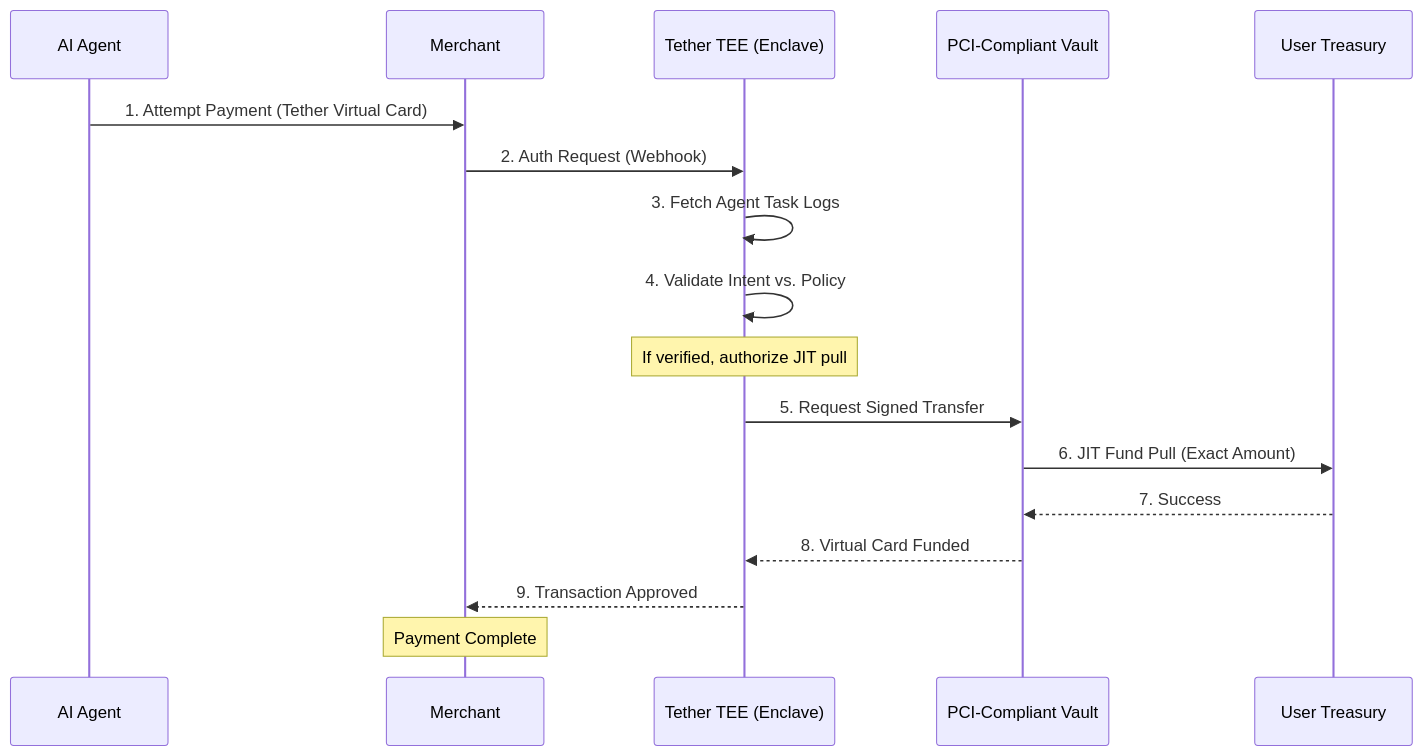
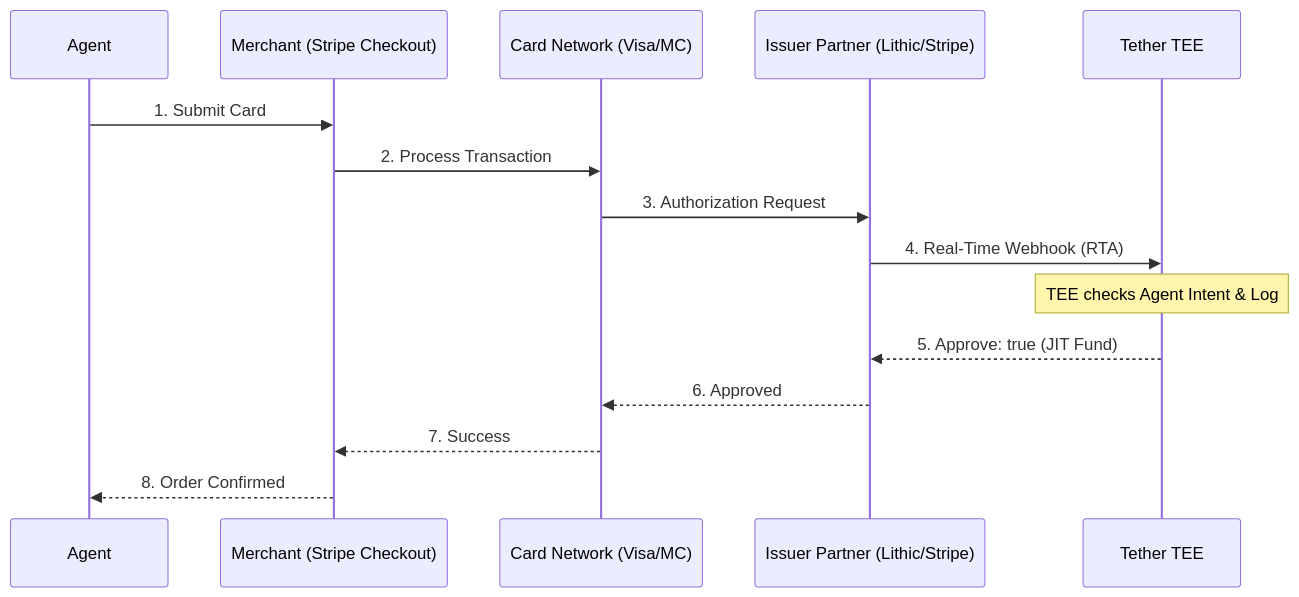
The diagram in essentials/architecture.mdx (jainkunal/docs), drawn with Mermaid before and after one commit. The commit also changed other lines of this file, not shown here.

Commit message:
Clarify RTA webhook flow and Issuer-level integration in architecture docs

````diff
--- a/essentials/architecture.mdx
+++ b/essentials/architecture.mdx
@@ -9,20 +22,18 @@
 ```mermaid
 sequenceDiagram
-    participant A as AI Agent
-    participant M as Merchant
-    participant T as Tether TEE (Enclave)
-    participant V as PCI-Compliant Vault
-    participant U as User Treasury
+    participant A as Agent
+    participant M as Merchant (Stripe Checkout)
+    participant N as Card Network (Visa/MC)
+    participant I as Issuer Partner (Lithic/Stripe)
+    participant T as Tether TEE
     
-    A->>M: 1. Attempt Payment (Tether Virtual Card)
-    M->>T: 2. Auth Request (Webhook)
-    T->>T: 3. Fetch Agent Task Logs
-    T->>T: 4. Validate Intent vs. Policy
-    Note over T: If verified, authorize JIT pull
-    T->>V: 5. Request Signed Transfer
-    V->>U: 6. JIT Fund Pull (Exact Amount)
-    U-->>V: 7. Success
-    V-->>T: 8. Virtual Card Funded
-    T-->>M: 9. Transaction Approved
-    Note over M: Payment Complete
+    A->>M: 1. Submit Card
+    M->>N: 2. Process Transaction
+    N->>I: 3. Authorization Request
+    I->>T: 4. Real-Time Webhook (RTA)
+    Note over T: TEE checks Agent Intent & Log
+    T-->>I: 5. Approve: true (JIT Fund)
+    I-->>N: 6. Approved
+    N-->>M: 7. Success
+    M-->>A: 8. Order Confirmed
 ```
````
